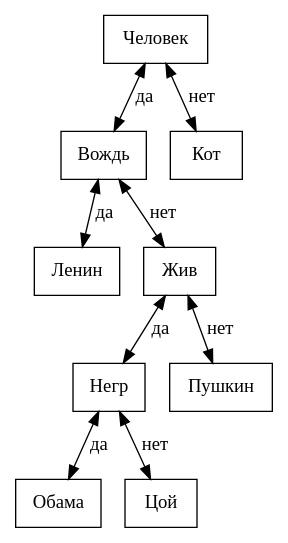
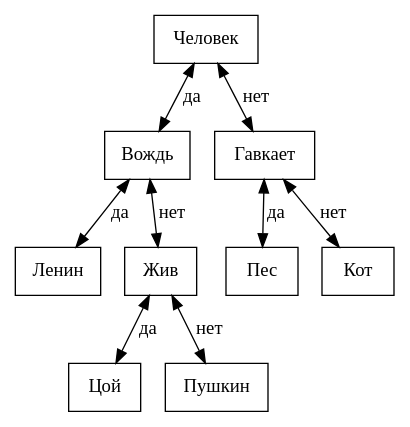
Before and after one commit to isgerasin/1sem: the diagram in Akinator/Debug/graph_tree1.gv, drawn with Graphviz. The commit also changed 258 other files, not shown here.

```diff
--- a/Akinator/Debug/graph_tree1.gv
+++ b/Akinator/Debug/graph_tree1.gv
@@ -1,12 +1,12 @@
 digraph Tree
 {
 	node[shape =polygon]; edge[dir=both];
 	"Человек"->"Вождь"[label = да]
 	"Вождь"->"Ленин"[label = да]
 	"Вождь"->"Жив"[label = нет]
-	"Жив"->"Негр"[label = да]
-	"Негр"->"Обама"[label = да]
-	"Негр"->"Цой"[label = нет]
+	"Жив"->"Цой"[label = да]
 	"Жив"->"Пушкин"[label = нет]
-	"Человек"->"Кот"[label = нет]
+	"Человек"->"Гавкает"[label = нет]
+	"Гавкает"->"Пес"[label = да]
+	"Гавкает"->"Кот"[label = нет]
 }
```
